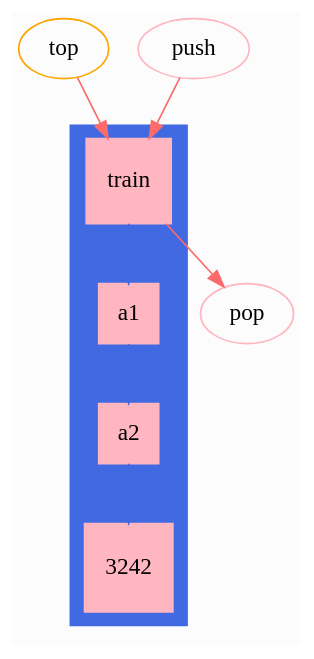
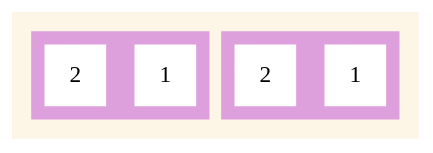
Before and after one commit to arafatkatze/DataViz: the diagram in DotExamples/stack.dot, drawn with Graphviz. The commit also changed 113 other files, not shown here.

```diff
--- a/DotExamples/stack.dot
+++ b/DotExamples/stack.dot
@@ -1,14 +1,9 @@
-digraph G {bgcolor=grey99;subgraph cluster_0 {style=filled;color=royalblue;node [style=filled,color=white, shape="rect"];
-    a0[fillcolor=lightpink,color=lightpink, style=filled, shape="square",label="train"];
-    a1[fillcolor=lightpink,color=lightpink, style=filled, shape="square"];
-    a2[fillcolor=lightpink,color=lightpink, style=filled, shape="square"];
-    3242[fillcolor=lightpink,color=lightpink, style=filled, shape="square"];
-		a0->a1->a2->3242[color=royalblue];
-	}
-	top[color=orange];
-	push[color=lightpink];
-	pop[color=lightpink];
-  top->a0[color=indianred1];
-  a0->pop[color=indianred1];
-  push->a0[color=indianred1];
+digraph G{bgcolor=oldlace;
+subgraph cluster_0{style=filled;color=plum;
+node [style=filled,color=white, shape="Msquare"];
+0[label="1"];
+1[label="2"];};
+subgraph cluster_1{style=filled;color=plum;node [style=filled,color=white, shape="Msquare"];
+2[label="1"];
+3[label="2"];};
 }
```
